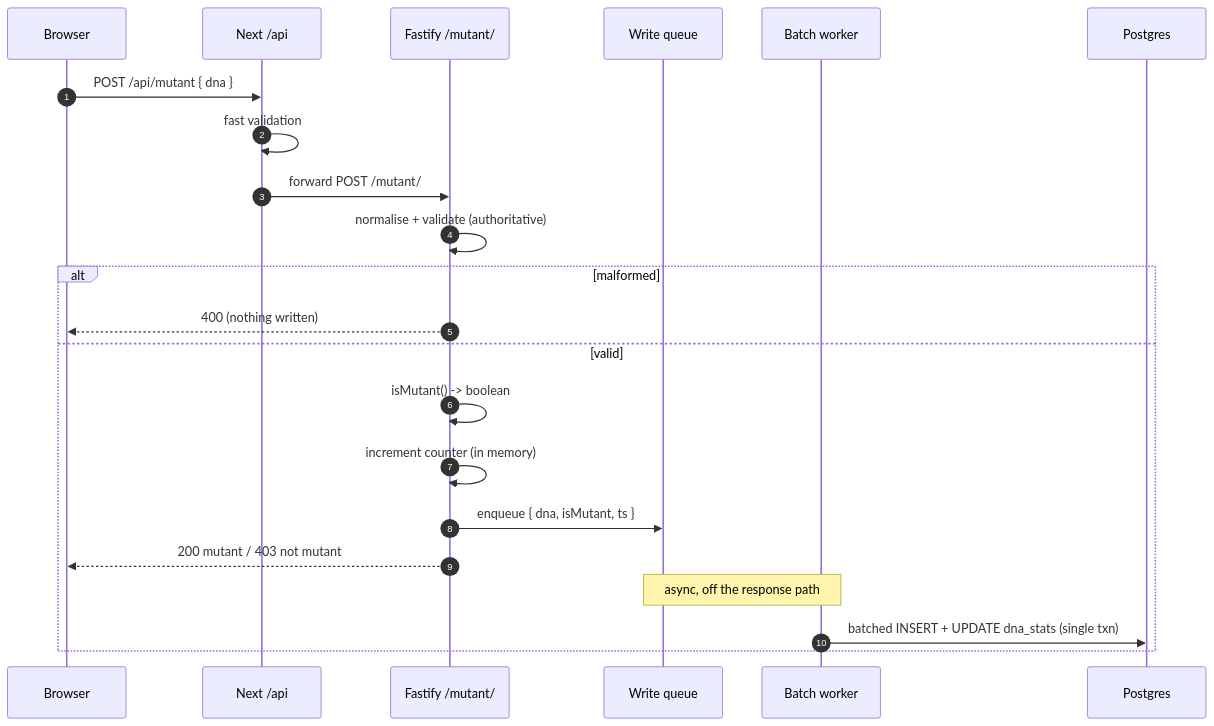
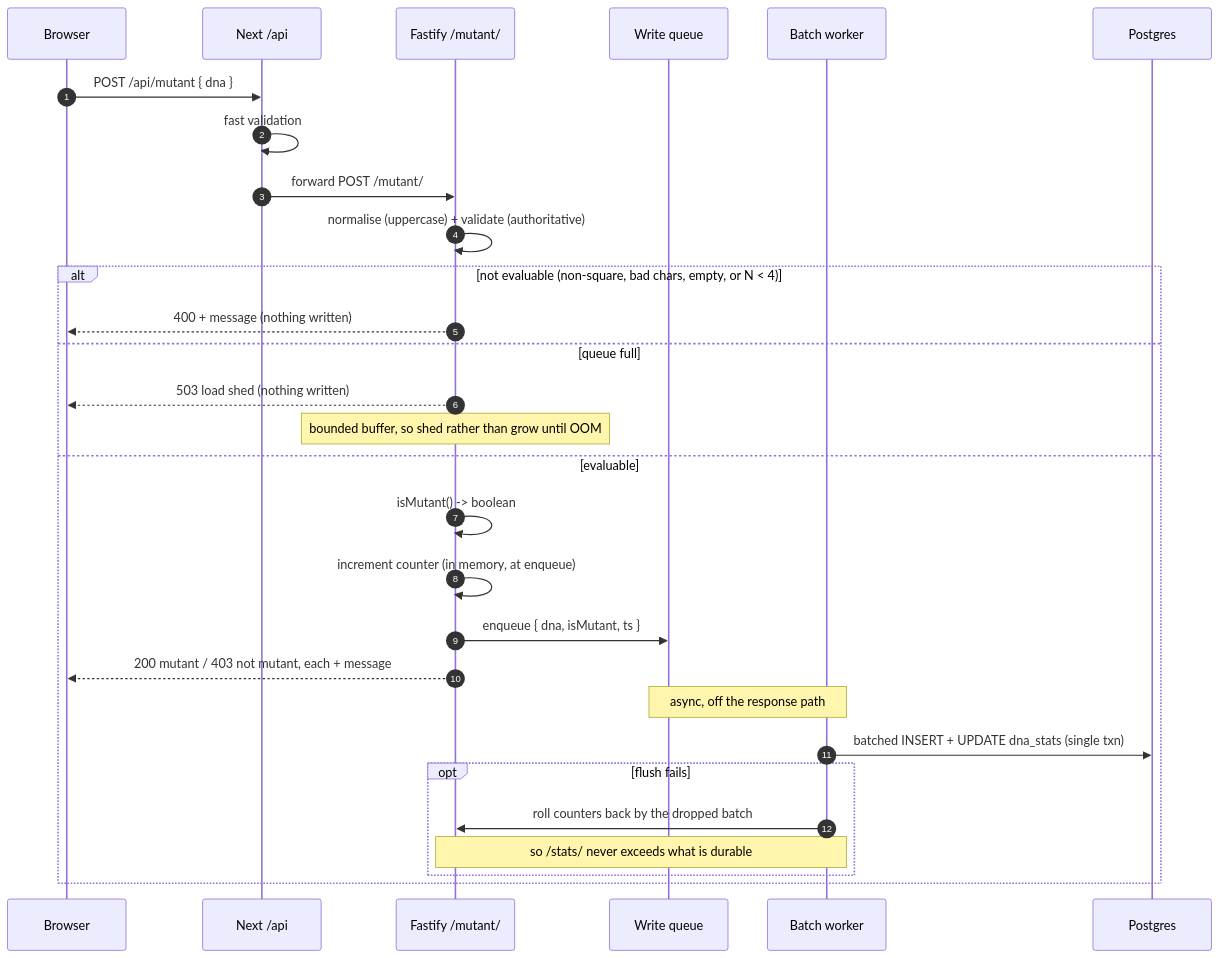
The second of 5 diagrams in ARCHITECTURE.md (neeleshj/rif), drawn with Mermaid before and after one commit. The commit also changed other lines of this file and 6 other files, not shown here.

First line of the commit message:
docs: bring the architecture and plan back in line with the build

````diff
--- a/ARCHITECTURE.md
+++ b/ARCHITECTURE.md
@@ -60,25 +75,32 @@
 ```mermaid
 sequenceDiagram
     autonumber
     participant B as Browser
     participant N as Next /api
     participant F as Fastify /mutant/
     participant Q as Write queue
     participant W as Batch worker
     participant DB as Postgres
 
     B->>N: POST /api/mutant { dna }
     N->>N: fast validation
     N->>F: forward POST /mutant/
-    F->>F: normalise + validate (authoritative)
-    alt malformed
-        F-->>B: 400 (nothing written)
-    else valid
+    F->>F: normalise (uppercase) + validate (authoritative)
+    alt not evaluable (non-square, bad chars, empty, or N < 4)
+        F-->>B: 400 + message (nothing written)
+    else queue full
+        F-->>B: 503 load shed (nothing written)
+        Note over F: bounded buffer, so shed rather than grow until OOM
+    else evaluable
         F->>F: isMutant() -> boolean
-        F->>F: increment counter (in memory)
+        F->>F: increment counter (in memory, at enqueue)
         F->>Q: enqueue { dna, isMutant, ts }
-        F-->>B: 200 mutant / 403 not mutant
+        F-->>B: 200 mutant / 403 not mutant, each + message
         Note over Q,W: async, off the response path
         W->>DB: batched INSERT + UPDATE dna_stats (single txn)
+        opt flush fails
+            W->>F: roll counters back by the dropped batch
+            Note over W,F: so /stats/ never exceeds what is durable
+        end
     end
 ```
````
